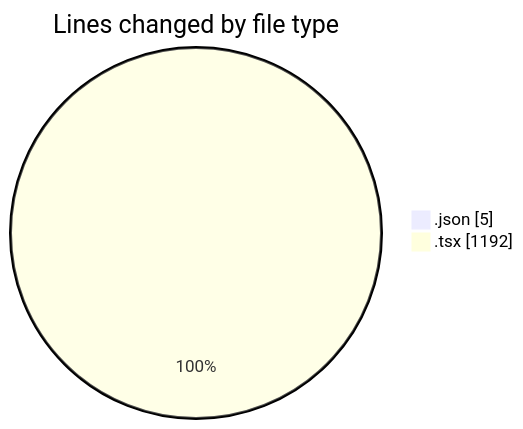
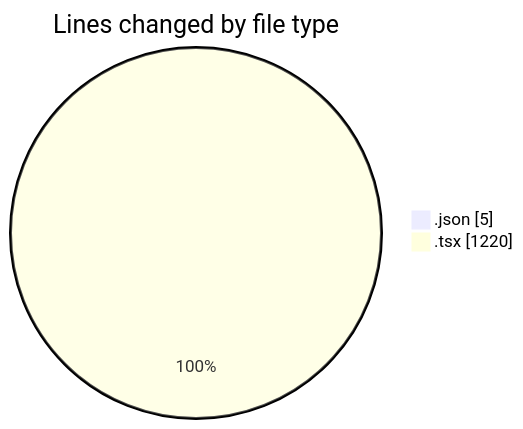
Before and after one commit to Elitesun/code-tracking: the first of 2 diagrams in 2025-04-26/product-page/README.md, drawn with Mermaid. The commit also changed other lines of this file and 1 other file, not shown here.

````diff
--- a/2025-04-26/product-page/README.md
+++ b/2025-04-26/product-page/README.md
@@ -33,6 +33,6 @@
 ```mermaid
 pie showData
 title Lines changed by file type
 ".json" : 5
-".tsx" : 1192
+".tsx" : 1220
 ```
````
